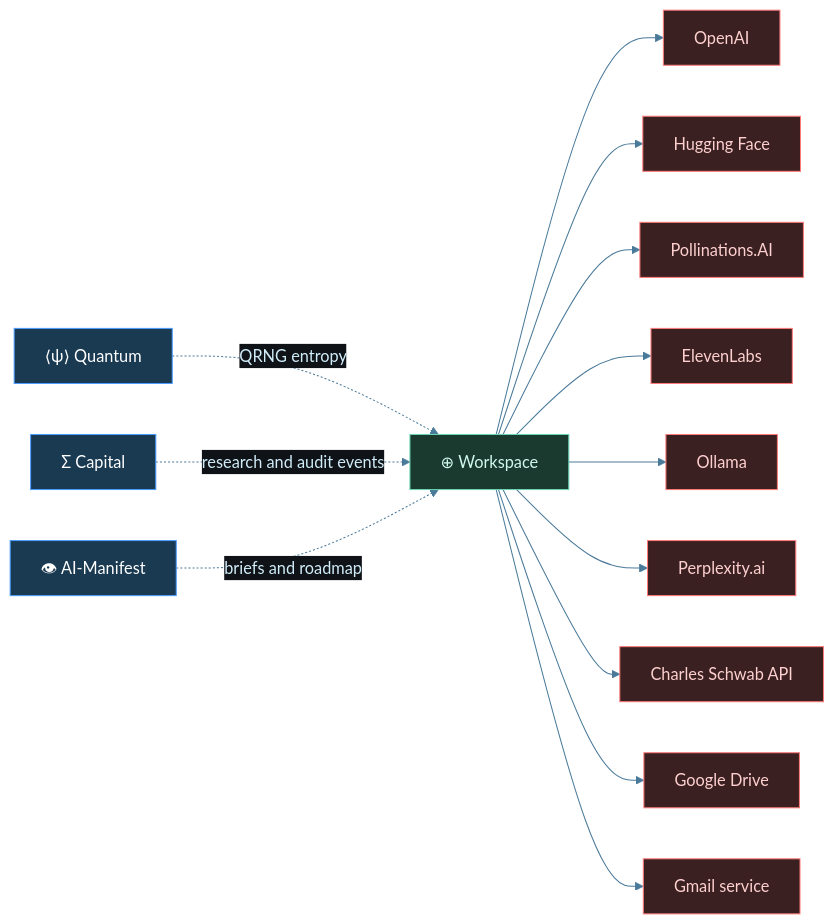
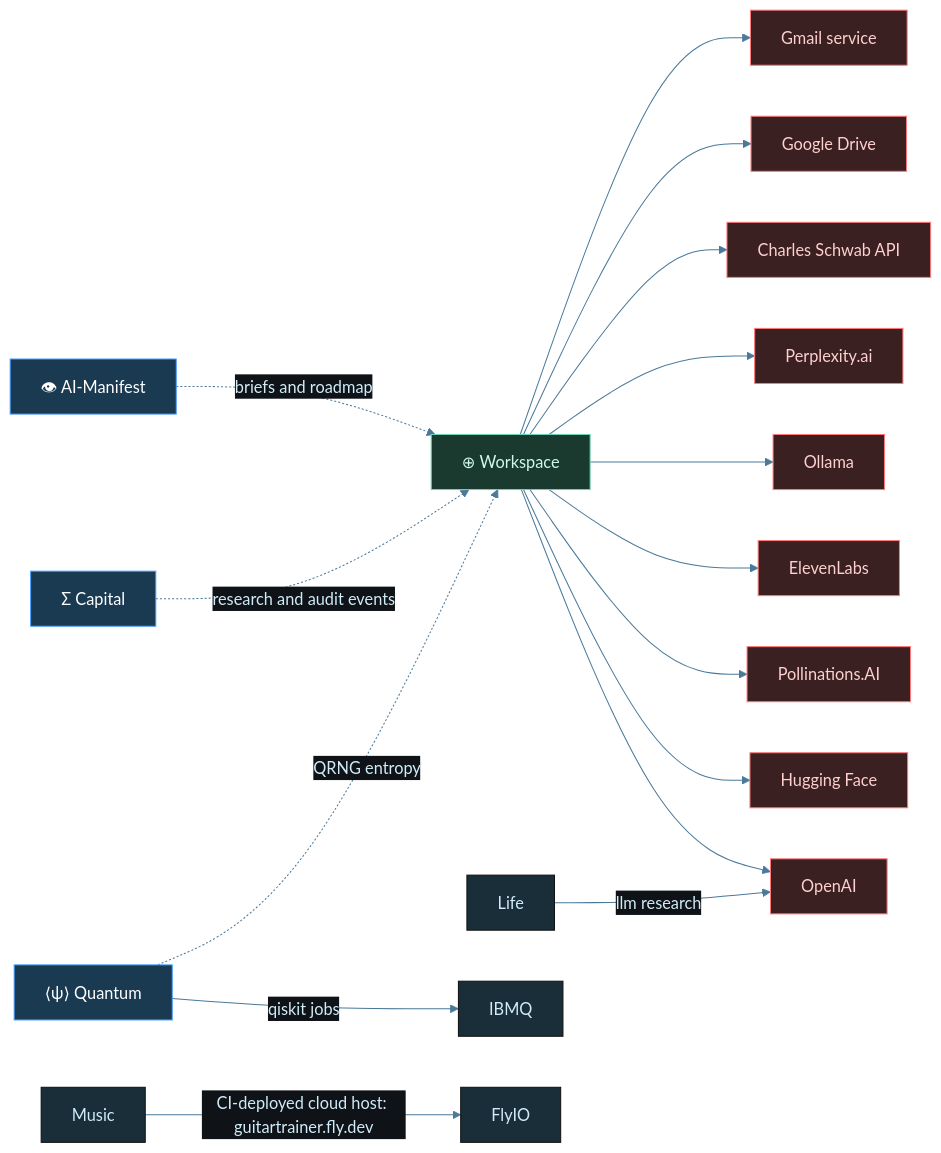
Before and after one commit to tylerdrakemusic/-Workspace: the diagram in diagrams/workspace-derived-services.mmd, drawn with Mermaid. The commit also changed 7 other files, not shown here.

Commit message:
fix: repair architecture diagram reconciliation

```diff
--- a/diagrams/workspace-derived-services.mmd
+++ b/diagrams/workspace-derived-services.mmd
@@ -1,22 +1,25 @@
 %%{init: {'theme': 'base', 'themeVariables': {'primaryColor': '#1a2e3a', 'primaryTextColor': '#d0ecf8', 'edgeLabelBackground': '#0f1318', 'lineColor': '#4a7a9a'}}}%%
 %% is_derived_view=true
 %% Traceability.parent: diagrams/workspace-integrations.mmd
 graph LR
     Workspace[⊕ Workspace] --> OpenAI[OpenAI]
+    Life -->|llm research| OpenAI
+    Music -->|CI-deployed cloud host: guitartrainer.fly.dev| FlyIO
+    Quantum -->|qiskit jobs| IBMQ
     Workspace --> HF[Hugging Face]
     Workspace --> Pollinations[Pollinations.AI]
     Workspace --> ElevenLabs[ElevenLabs]
     Workspace --> Ollama[Ollama]
     Workspace --> Perplexity[Perplexity.ai]
     Workspace --> Schwab[Charles Schwab API]
     Workspace --> GDrive[Google Drive]
     Workspace --> Gmail[Gmail service]
     Quantum[⟨ψ⟩ Quantum] -.->|QRNG entropy| Workspace
     Capital[Σ Capital] -.->|research and audit events| Workspace
     Manifest[👁 AI-Manifest] -.->|briefs and roadmap| Workspace
     class Workspace ws
     class Quantum,Capital,Manifest orch
     class OpenAI,HF,Pollinations,ElevenLabs,Ollama,Perplexity,Schwab,GDrive,Gmail ext
 classDef orch fill:#1a3a52,stroke:#4a9eff,color:#fff
 classDef ws fill:#1a3a30,stroke:#6ad4b4,color:#d0f8ee
 classDef ext fill:#3a2020,stroke:#ff7a7a,color:#ffd0d0
```
